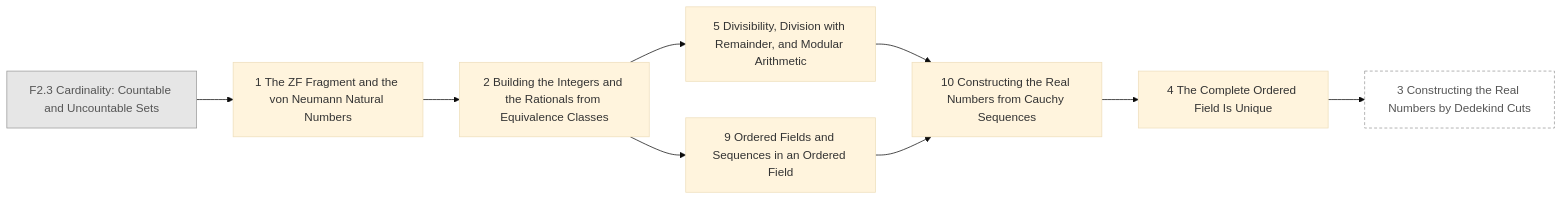
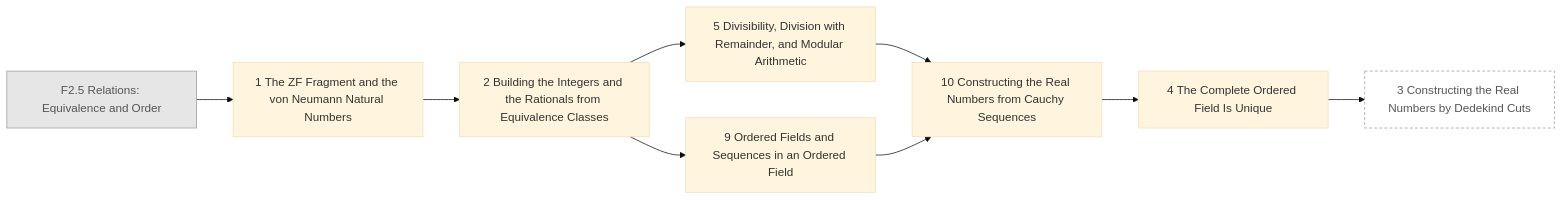
One commit to AkizumiFox/math-atlas changed the diagram in generated/chapters/F3.mmd. Above: the diagram before and after it, drawn with Mermaid (base theme). The commit also changed 12 other files, not shown here.

Commit message:
Atlas: fd2 re-cut (layout C): F2.5 Relations and Orders; F2.2/F2.3 re-sequenced

```diff
--- a/generated/chapters/F3.mmd
+++ b/generated/chapters/F3.mmd
@@ -1,20 +1,20 @@
 flowchart LR
-  F2_3["F2.3 Cardinality: Countable and Uncountable Sets"]:::ext
+  F2_5["F2.5 Relations: Equivalence and Order"]:::ext
   F3_1["1 The ZF Fragment and the von Neumann Natural Numbers"]
   F3_2["2 Building the Integers and the Rationals from Equivalence Classes"]
   F3_5["5 Divisibility, Division with Remainder, and Modular Arithmetic"]
   F3_9["9 Ordered Fields and Sequences in an Ordered Field"]
   F3_10["10 Constructing the Real Numbers from Cauchy Sequences"]
   F3_4["4 The Complete Ordered Field Is Unique"]
   F3_3["3 Constructing the Real Numbers by Dedekind Cuts"]:::opt
-  F2_3 --> F3_1
+  F2_5 --> F3_1
   F3_1 --> F3_2
   F3_2 --> F3_5
   F3_2 --> F3_9
   F3_5 --> F3_10
   F3_9 --> F3_10
   F3_10 --> F3_4
   F3_4 --> F3_3
   classDef ext fill:#e6e6e6,stroke:#999,color:#555
   classDef opt fill:#fff,stroke:#999,stroke-dasharray:4 3,color:#555
   classDef segb fill:#f6f6fb,stroke:#99a,color:#333
```
